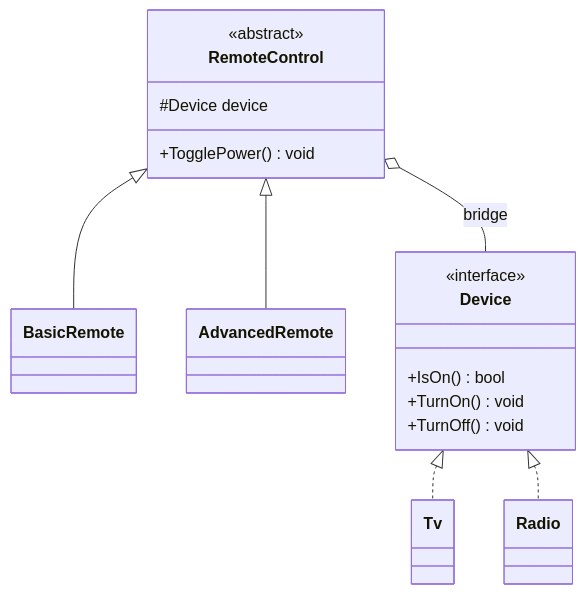
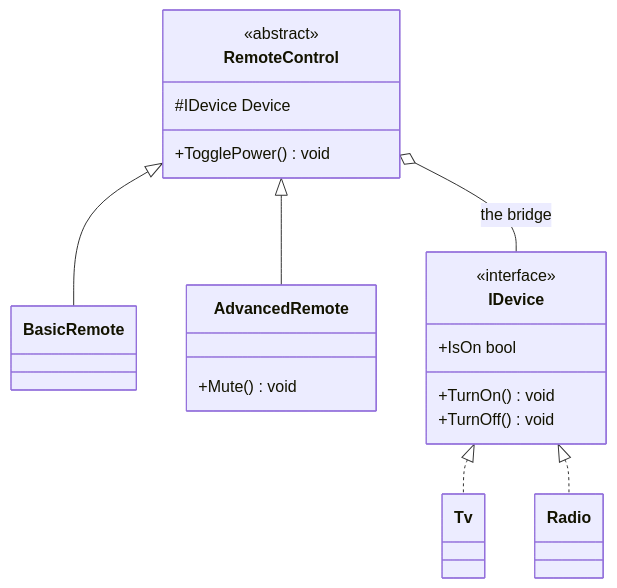
The diagram in 00-Foundations/04-Design-Patterns/Structural/Bridge/notes.md (tushardongre1990/LLD-Claude), drawn with Mermaid before and after one commit. The commit also changed other lines of this file and 52 other files, not shown here.

First line of the commit message:
docs(03-SOLID, 04-Patterns): make notes self-contained; fix diagram/code drift

````diff
--- a/00-Foundations/04-Design-Patterns/Structural/Bridge/notes.md
+++ b/00-Foundations/04-Design-Patterns/Structural/Bridge/notes.md
@@ -19,25 +19,27 @@
 ```mermaid
 classDiagram
     class RemoteControl {
         <<abstract>>
-        #Device device
+        #IDevice Device
         +TogglePower() void
     }
     class BasicRemote
-    class AdvancedRemote
+    class AdvancedRemote {
+        +Mute() void
+    }
 
-    class Device {
+    class IDevice {
         <<interface>>
-        +IsOn() bool
+        +IsOn bool
         +TurnOn() void
         +TurnOff() void
     }
     class Tv
     class Radio
 
     RemoteControl <|-- BasicRemote
     RemoteControl <|-- AdvancedRemote
-    RemoteControl o-- Device : bridge
-    Device <|.. Tv
-    Device <|.. Radio
+    RemoteControl o-- IDevice : the bridge
+    IDevice <|.. Tv
+    IDevice <|.. Radio
 ```
````
